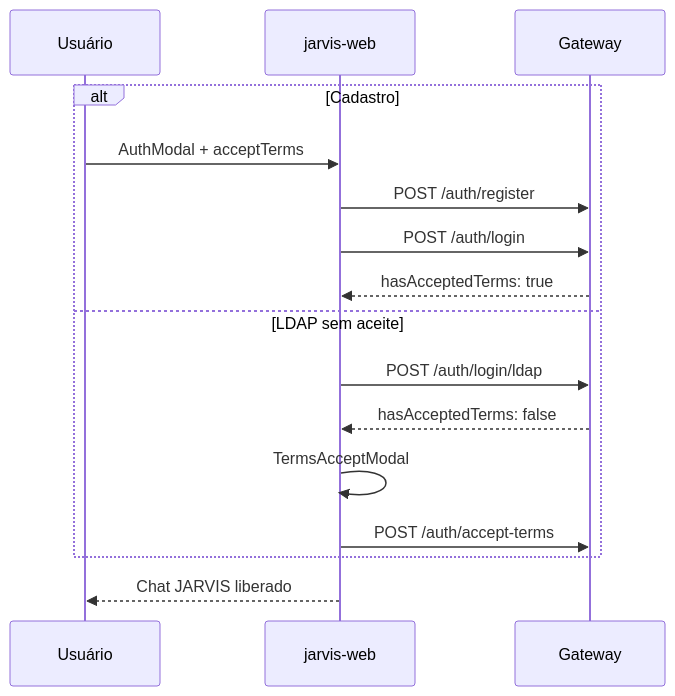
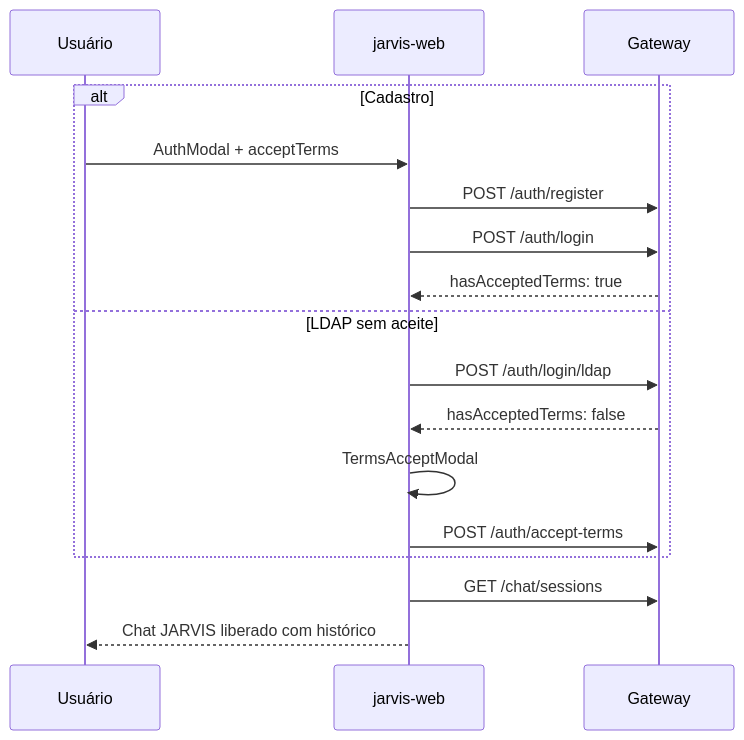
The second of 2 diagrams in frontends/jarvis-web/README.md (FranciscoStanley/MyJarvis), drawn with Mermaid before and after one commit. The commit also changed other lines of this file and 19 other files, not shown here.

````diff
--- a/frontends/jarvis-web/README.md
+++ b/frontends/jarvis-web/README.md
@@ -24,19 +54,20 @@
 ```mermaid
 sequenceDiagram
     participant U as Usuário
     participant W as jarvis-web
     participant G as Gateway
 
     alt Cadastro
         U->>W: AuthModal + acceptTerms
         W->>G: POST /auth/register
         W->>G: POST /auth/login
         G-->>W: hasAcceptedTerms: true
     else LDAP sem aceite
         W->>G: POST /auth/login/ldap
         G-->>W: hasAcceptedTerms: false
         W->>W: TermsAcceptModal
         W->>G: POST /auth/accept-terms
     end
-    W-->>U: Chat JARVIS liberado
+    W->>G: GET /chat/sessions
+    W-->>U: Chat JARVIS liberado com histórico
 ```
````
